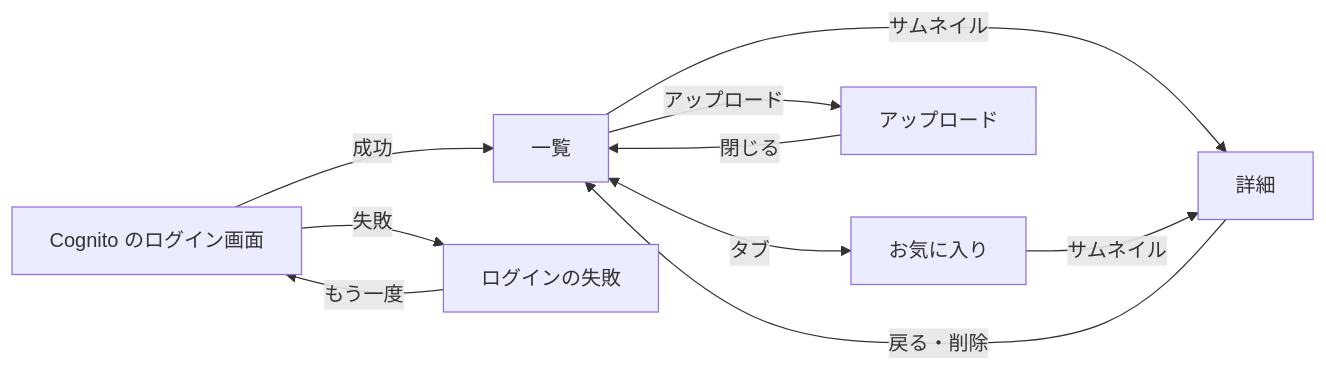
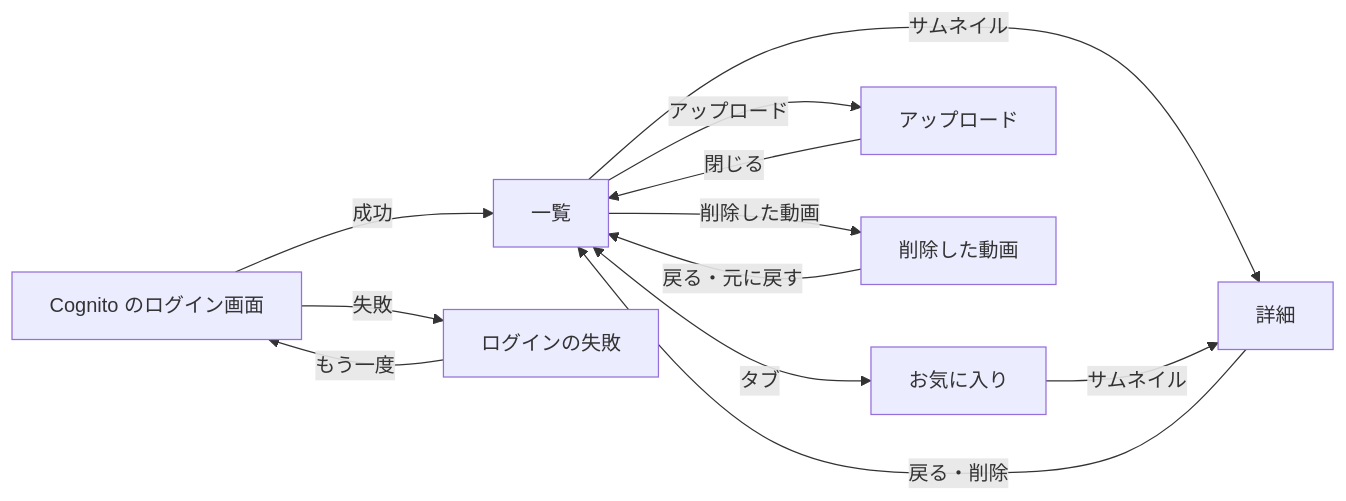
The diagram in docs/specs/ui.md (Inouey1008/family-video), drawn with Mermaid before and after one commit. The commit also changed other lines of this file and 4 other files, not shown here.

````diff
--- a/docs/specs/ui.md
+++ b/docs/specs/ui.md
@@ -22,12 +23,14 @@
 ```mermaid
 flowchart LR
   L["Cognito のログイン画面"] -->|"成功"| LIST["一覧"]
   L -->|"失敗"| ERR["ログインの失敗"]
   ERR -->|"もう一度"| L
   LIST <-->|"タブ"| FAV["お気に入り"]
   LIST -->|"サムネイル"| D["詳細"]
   FAV -->|"サムネイル"| D
   D -->|"戻る・削除"| LIST
   LIST -->|"アップロード"| UP["アップロード"]
   UP -->|"閉じる"| LIST
+  LIST -->|"削除した動画"| TR["削除した動画"]
+  TR -->|"戻る・元に戻す"| LIST
 ```
````
